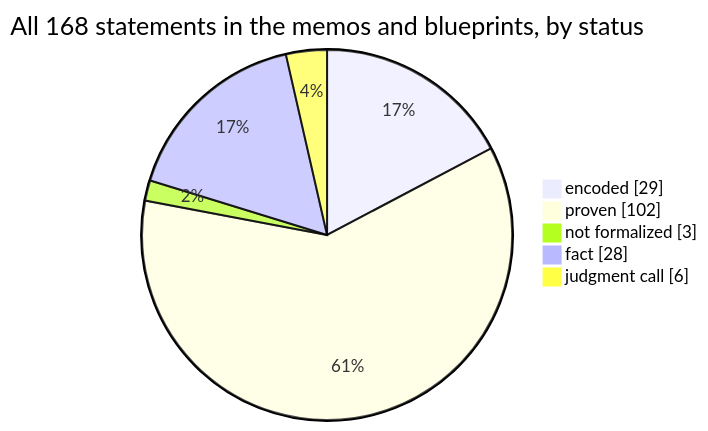
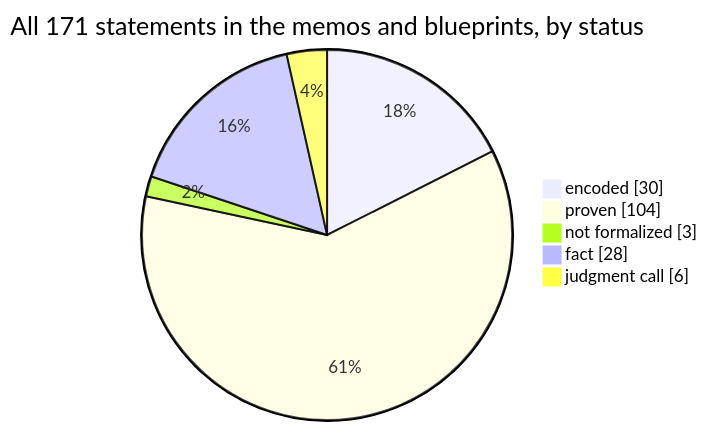
One commit to SeanWMurray/Canteen changed the first of 4 diagrams in docs/graphs/dashboard.md. Above: the diagram before and after it, drawn with Mermaid. The commit also changed other lines of this file and 17 other files, not shown here.

````diff
--- a/docs/graphs/dashboard.md
+++ b/docs/graphs/dashboard.md
@@ -11,8 +11,8 @@
 ```mermaid
-pie showData title All 168 statements in the memos and blueprints, by status
-    "encoded" : 29
-    "proven" : 102
+pie showData title All 171 statements in the memos and blueprints, by status
+    "encoded" : 30
+    "proven" : 104
     "not formalized" : 3
     "fact" : 28
     "judgment call" : 6
 ```
````
